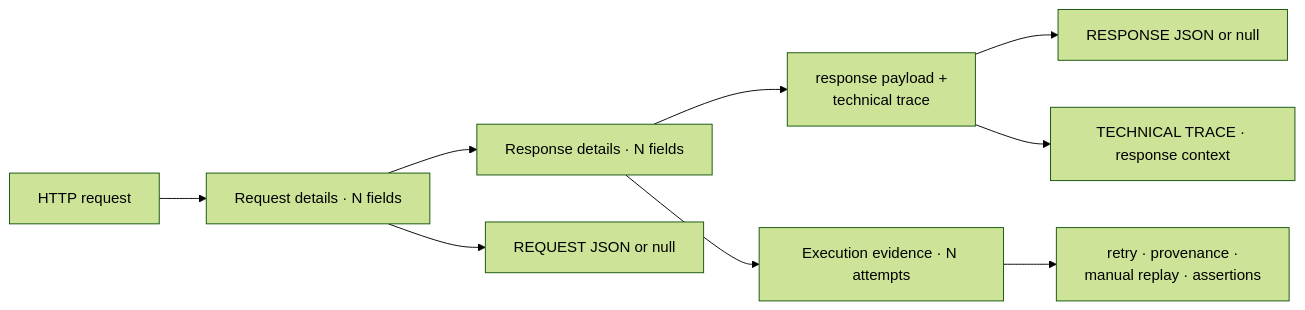
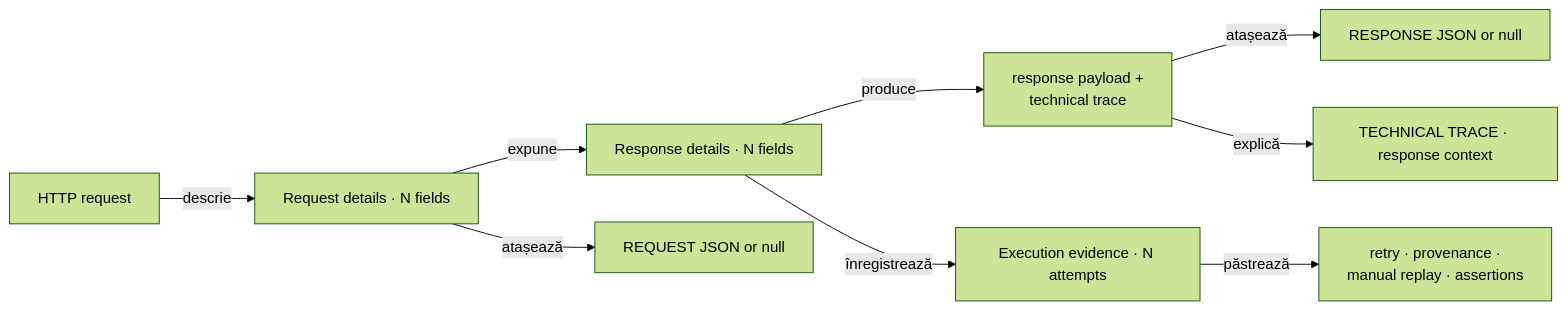
Before and after one commit to crististefanita/demo2: the third of 9 diagrams in docs/ATF_Reporting_Contract.md, drawn with Mermaid (forest theme). The commit also changed other lines of this file and 52 other files, not shown here.

````diff
--- a/docs/ATF_Reporting_Contract.md
+++ b/docs/ATF_Reporting_Contract.md
@@ -126,11 +126,11 @@
 ```mermaid
 flowchart LR
-    Request[HTTP request] --> RequestDetails[Request details · N fields]
-    RequestDetails --> ResponseDetails[Response details · N fields]
-    RequestDetails --> RequestBody[REQUEST JSON or null]
-    ResponseDetails --> ResponseEvidence[response payload +<br/>technical trace]
-    ResponseDetails --> Execution[Execution evidence · N attempts]
-    ResponseEvidence --> ResponseBody[RESPONSE JSON or null]
-    ResponseEvidence --> Trace[TECHNICAL TRACE · response context]
-    Execution --> ExecutionContext[retry · provenance ·<br/>manual replay · assertions]
+    Request[HTTP request] -->|descrie| RequestDetails[Request details · N fields]
+    RequestDetails -->|expune| ResponseDetails[Response details · N fields]
+    RequestDetails -->|atașează| RequestBody[REQUEST JSON or null]
+    ResponseDetails -->|produce| ResponseEvidence[response payload +<br/>technical trace]
+    ResponseDetails -->|înregistrează| Execution[Execution evidence · N attempts]
+    ResponseEvidence -->|atașează| ResponseBody[RESPONSE JSON or null]
+    ResponseEvidence -->|explică| Trace[TECHNICAL TRACE · response context]
+    Execution -->|păstrează| ExecutionContext[retry · provenance ·<br/>manual replay · assertions]
 ```
````
